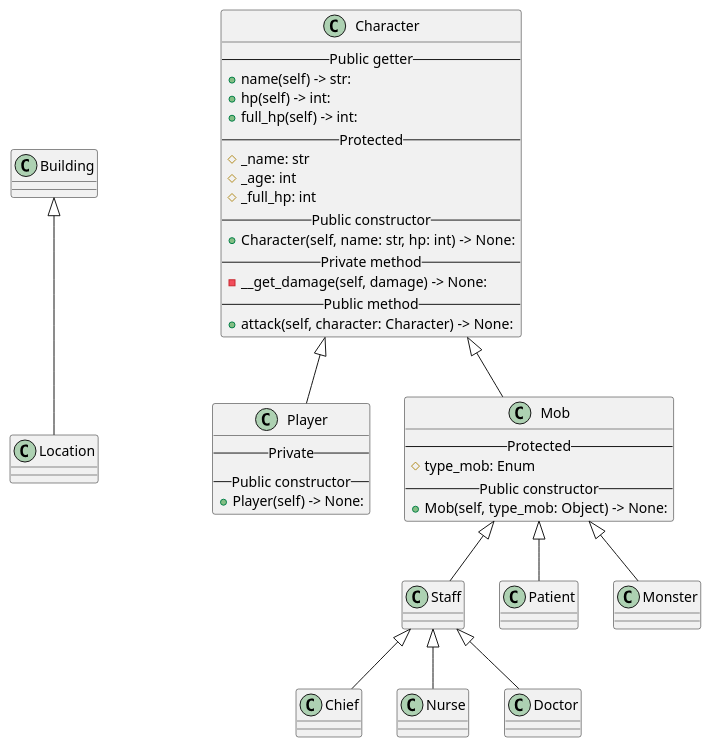
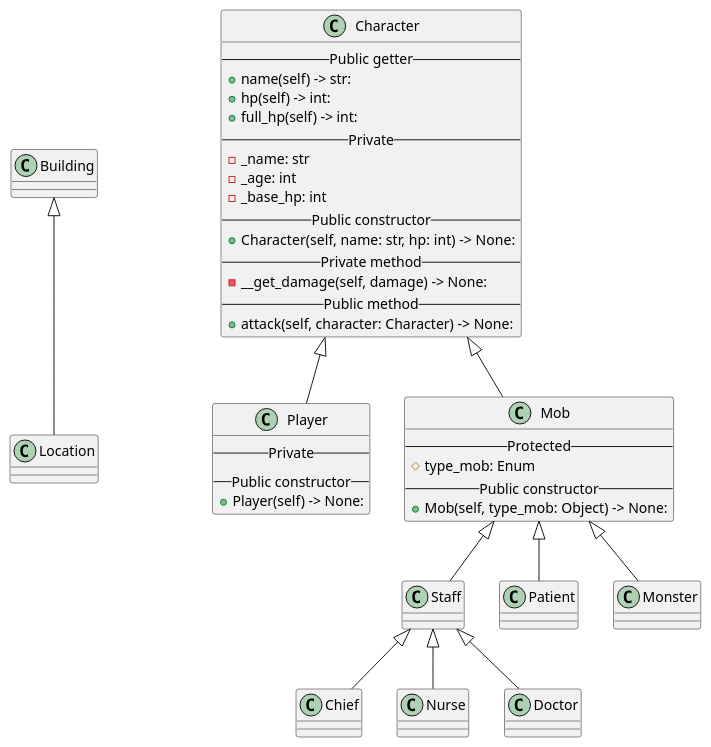
Before and after one commit to Kris465/MemoryBox: the diagram in diagram.puml, drawn with PlantUML.

Commit message:
Modify property full_hp to base_hp modify visibility property protected to private

```diff
--- a/diagram.puml
+++ b/diagram.puml
@@ -1,47 +1,47 @@
 @startuml
 
 Building <|-- Location
 
 Character <|-- Player
 Character <|-- Mob
 Mob <|-- Staff
 Mob <|-- Patient
 Mob <|-- Monster
 
 Staff <|-- Chief
 Staff <|-- Nurse
 Staff <|-- Doctor
 
 class Character{
     --Public getter--
     +name(self) -> str:
     +hp(self) -> int:
     +full_hp(self) -> int:
-    --Protected--
-    #_name: str
-    #_age: int
-    #_full_hp: int
+    --Private--
+    -_name: str
+    -_age: int
+    -_base_hp: int
     --Public constructor--
     +Character(self, name: str, hp: int) -> None:
 '    --Public method--
     --Private method--
     -__get_damage(self, damage) -> None:
     --Public method--
     +attack(self, character: Character) -> None:
 }
 
 
 class Player{
     --Private--
     --Public constructor--
     +Player(self) -> None:
 }
 
 class Mob{
     --Protected--
     #type_mob: Enum
     --Public constructor--
     +Mob(self, type_mob: Object) -> None:
 }
 
 @enduml
```
